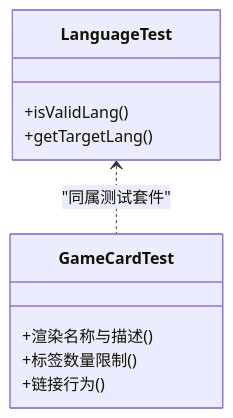
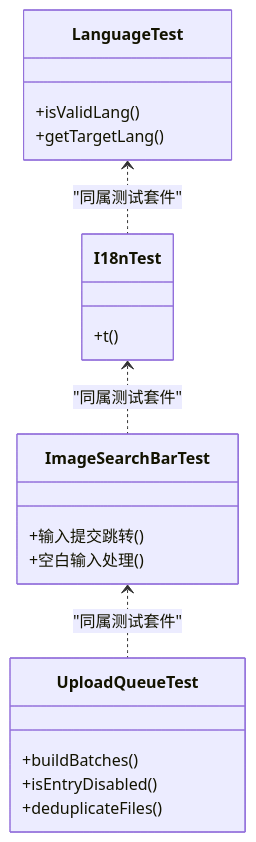
The fifth of 6 diagrams in .qoder/repowiki/zh/content/开发指南/测试套件设置.md (pnnh/weable), drawn with Mermaid before and after one commit. The commit also changed other lines of this file and 133 other files, not shown here.

Commit message:
实现基于浏览器自带AI识别图片内容功能

````diff
--- a/.qoder/repowiki/zh/content/开发指南/测试套件设置.md
+++ b/.qoder/repowiki/zh/content/开发指南/测试套件设置.md
@@ -187,13 +198,22 @@
 ```mermaid
 classDiagram
 class LanguageTest {
 +isValidLang()
 +getTargetLang()
 }
-class GameCardTest {
-+渲染名称与描述()
-+标签数量限制()
-+链接行为()
+class I18nTest {
++t()
 }
-LanguageTest <.. GameCardTest : "同属测试套件"
+class ImageSearchBarTest {
++输入提交跳转()
++空白输入处理()
+}
+class UploadQueueTest {
++buildBatches()
++isEntryDisabled()
++deduplicateFiles()
+}
+LanguageTest <.. I18nTest : "同属测试套件"
+I18nTest <.. ImageSearchBarTest : "同属测试套件"
+ImageSearchBarTest <.. UploadQueueTest : "同属测试套件"
 ```
````
